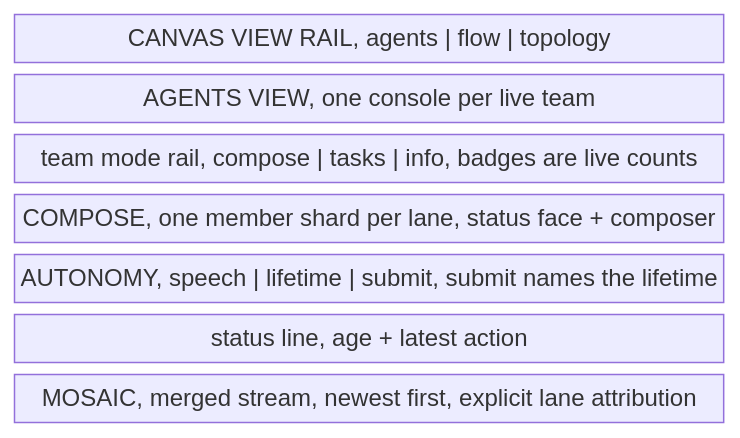
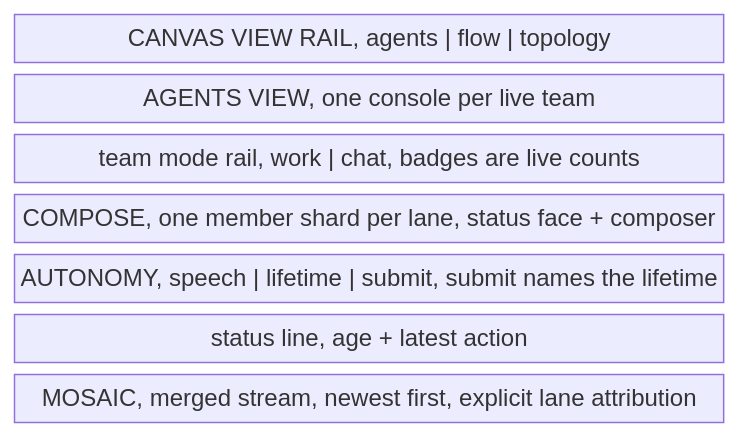
Diagram 17 of 17 in docs/product/loops.md (infimalabs/spice-rust), drawn with Mermaid before and after one commit. The commit also changed 25 other files, not shown here.

````diff
--- a/docs/product/loops.md
+++ b/docs/product/loops.md
@@ -659,11 +659,11 @@
 ```mermaid
 block-beta
   columns 1
   G["CANVAS VIEW RAIL, agents | flow | topology"]
   C["AGENTS VIEW, one console per live team"]
-  R["team mode rail, compose | tasks | info, badges are live counts"]
+  R["team mode rail, work | chat, badges are live counts"]
   W["COMPOSE, one member shard per lane, status face + composer"]
   A["AUTONOMY, speech | lifetime | submit, submit names the lifetime"]
   S["status line, age + latest action"]
   M["MOSAIC, merged stream, newest first, explicit lane attribution"]
 ```
````
